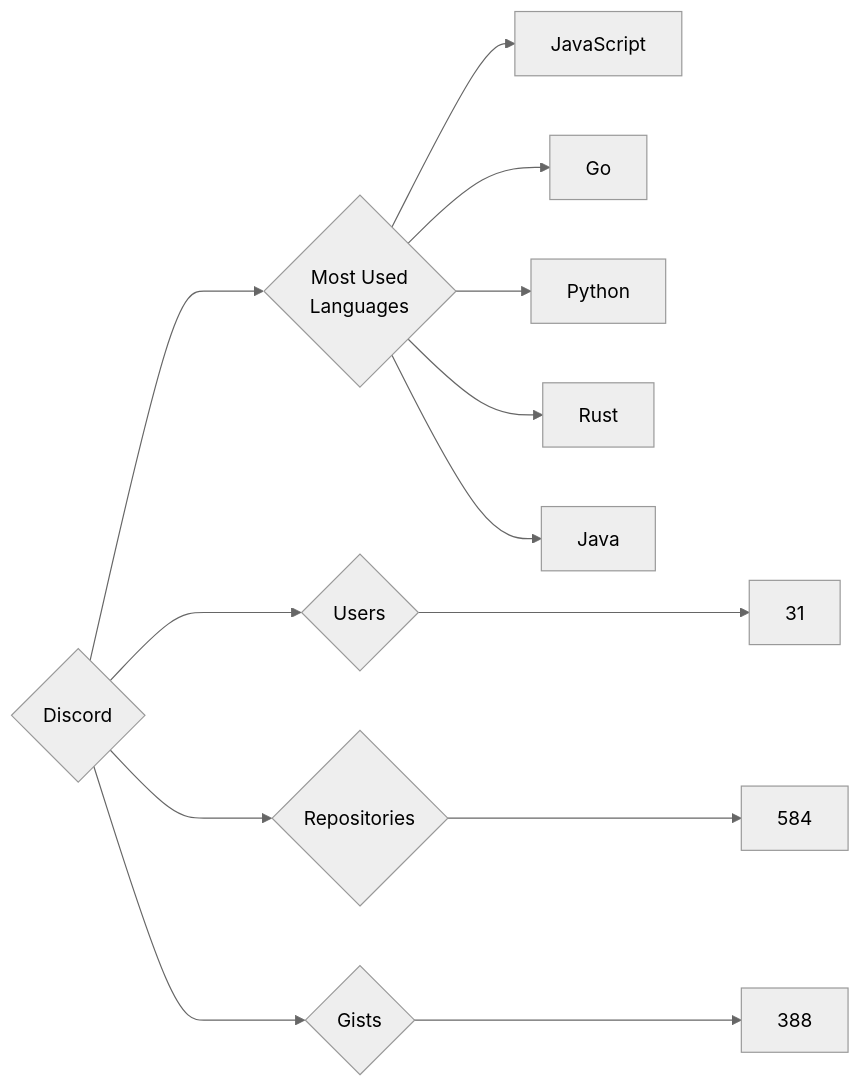
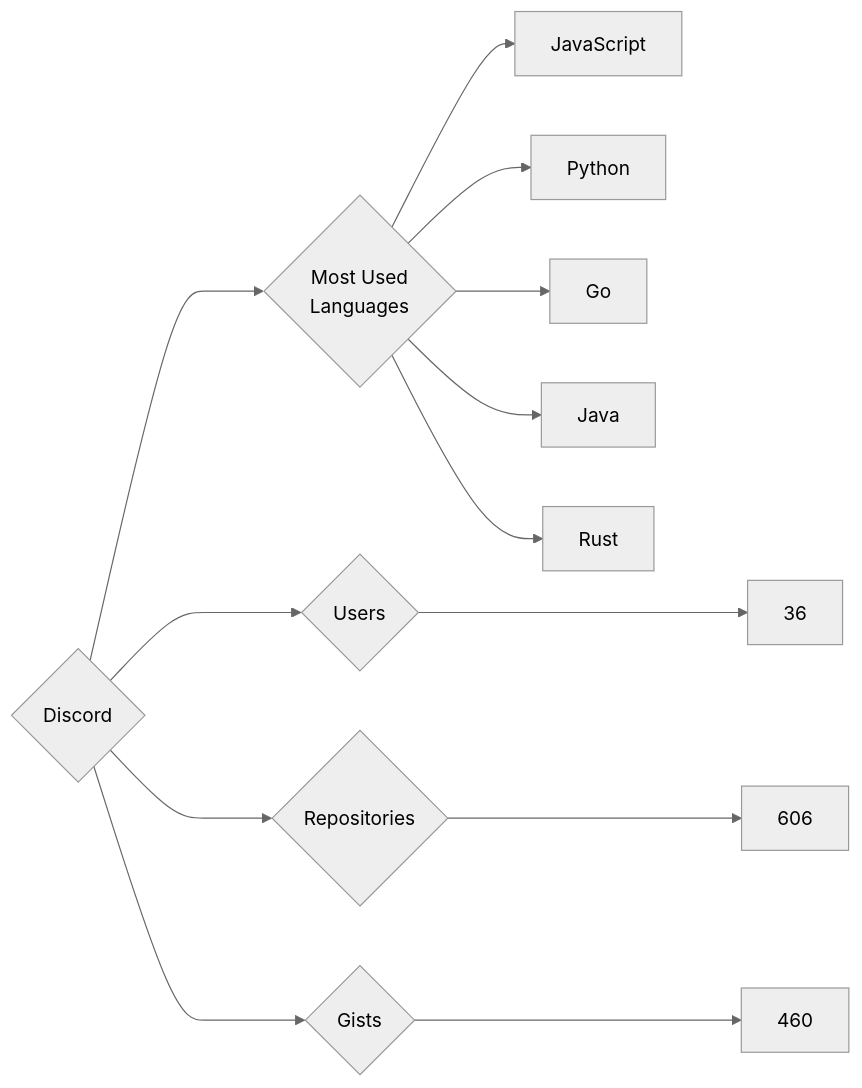
Before and after one commit to trickest/insiders: the diagram in targets/Discord/README.md, drawn with Mermaid (neutral theme). The commit also changed 610 other files, not shown here.

````diff
--- a/targets/Discord/README.md
+++ b/targets/Discord/README.md
@@ -3,13 +3,13 @@
 ```mermaid
 graph LR
 COMPANY_NAME{Discord}
-COMPANY_NAME ---> U{Users} ---> UN[31]
-COMPANY_NAME ---> R{Repositories} ---> RN[584]
-COMPANY_NAME ---> G{Gists} ---> GN[388]
+COMPANY_NAME ---> U{Users} ---> UN[36]
+COMPANY_NAME ---> R{Repositories} ---> RN[606]
+COMPANY_NAME ---> G{Gists} ---> GN[460]
 COMPANY_NAME ---> ML{Most Used<br>Languages}
 ML --> JavaScript[JavaScript]
+ML --> Python[Python]
 ML --> Go[Go]
-ML --> Python[Python]
+ML --> Java[Java]
 ML --> Rust[Rust]
-ML --> Java[Java]
 ```
````
